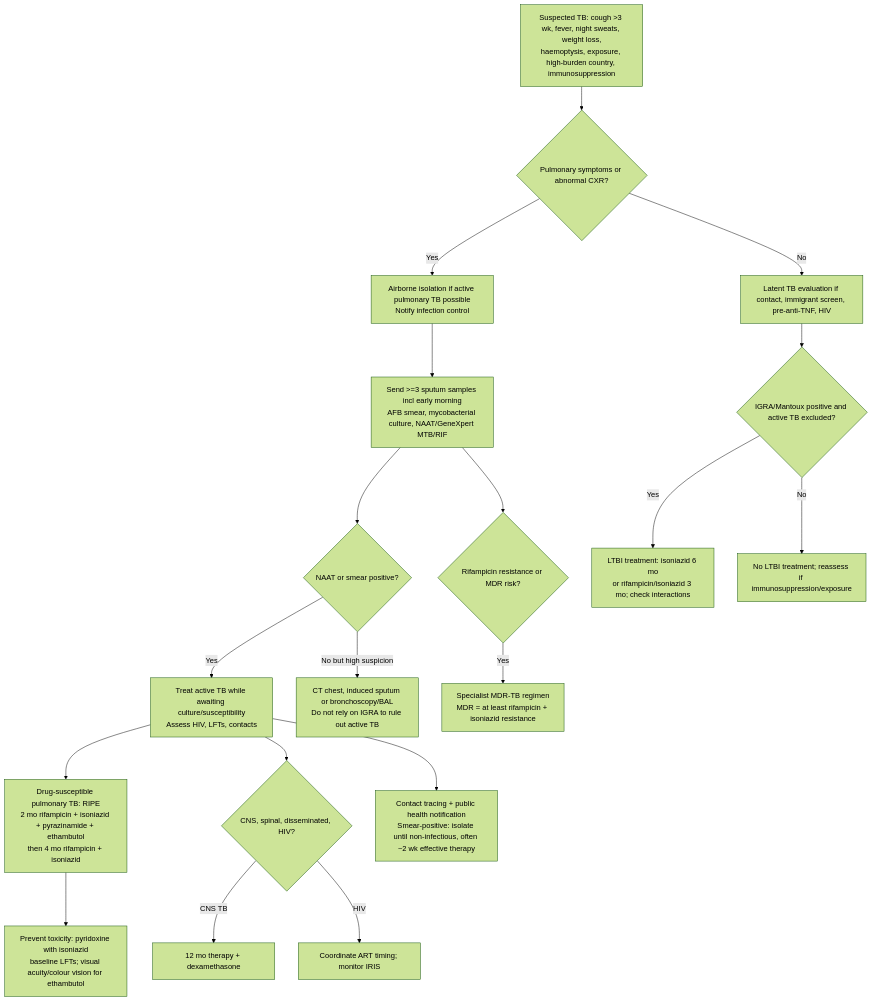
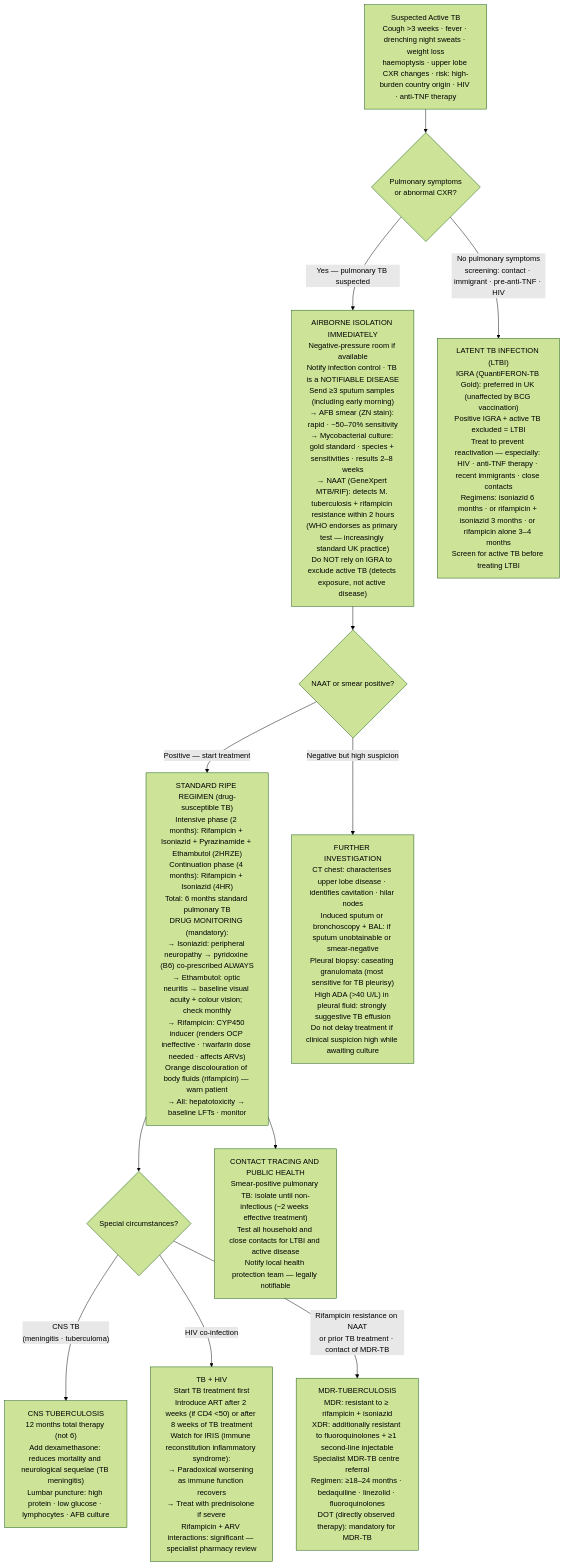
Before and after one commit to muhammadtoor702-blip/minar-medicine: the diagram in content/topics/tuberculosis.md, drawn with Mermaid (forest theme). The commit also changed 4 other files, not shown here.

````diff
--- a/content/topics/tuberculosis.md
+++ b/content/topics/tuberculosis.md
@@ -52,21 +52,24 @@
 ```mermaid
 flowchart TD
-    A["Suspected TB: cough &gt;3 wk, fever, night sweats, weight loss,<br/>haemoptysis, exposure, high-burden country, immunosuppression"] --> B{"Pulmonary symptoms or abnormal CXR?"}
-    B -->|Yes| C["Airborne isolation if active pulmonary TB possible<br/>Notify infection control"]
-    C --> D["Send &gt;=3 sputum samples incl early morning<br/>AFB smear, mycobacterial culture, NAAT/GeneXpert MTB/RIF"]
-    D --> E{"NAAT or smear positive?"}
-    E -->|Yes| F["Treat active TB while awaiting culture/susceptibility<br/>Assess HIV, LFTs, contacts"]
-    E -->|No but high suspicion| G["CT chest, induced sputum or bronchoscopy/BAL<br/>Do not rely on IGRA to rule out active TB"]
-    B -->|No| H["Latent TB evaluation if contact, immigrant screen, pre-anti-TNF, HIV"]
-    H --> I{"IGRA/Mantoux positive and active TB excluded?"}
-    I -->|Yes| J["LTBI treatment: isoniazid 6 mo<br/>or rifampicin/isoniazid 3 mo; check interactions"]
-    I -->|No| K["No LTBI treatment; reassess if immunosuppression/exposure"]
-    F --> L["Drug-susceptible pulmonary TB: RIPE<br/>2 mo rifampicin + isoniazid + pyrazinamide + ethambutol<br/>then 4 mo rifampicin + isoniazid"]
-    L --> M["Prevent toxicity: pyridoxine with isoniazid<br/>baseline LFTs; visual acuity/colour vision for ethambutol"]
-    D --> N{"Rifampicin resistance or MDR risk?"}
-    N -->|Yes| O["Specialist MDR-TB regimen<br/>MDR = at least rifampicin + isoniazid resistance"]
-    F --> P{"CNS, spinal, disseminated, HIV?"}
-    P -->|CNS TB| Q["12 mo therapy + dexamethasone"]
-    P -->|HIV| R["Coordinate ART timing; monitor IRIS"]
-    F --> S["Contact tracing + public health notification<br/>Smear-positive: isolate until non-infectious, often ~2 wk effective therapy"]
+    A["Suspected Active TB\nCough &gt;3 weeks · fever · drenching night sweats · weight loss\nhaemoptysis · upper lobe CXR changes · risk: high-burden country origin · HIV · anti-TNF therapy"] --> ACTIVE{"Pulmonary symptoms\nor abnormal CXR?"}
+
+    ACTIVE -->|"Yes — pulmonary TB suspected"| ISOLATE["AIRBORNE ISOLATION IMMEDIATELY\nNegative-pressure room if available\nNotify infection control · TB is a NOTIFIABLE DISEASE\nSend ≥3 sputum samples (including early morning)\n→ AFB smear (ZN stain): rapid · ~50–70% sensitivity\n→ Mycobacterial culture: gold standard · species + sensitivities · results 2–8 weeks\n→ NAAT (GeneXpert MTB/RIF): detects M. tuberculosis + rifampicin resistance within 2 hours\n(WHO endorses as primary test — increasingly standard UK practice)\nDo NOT rely on IGRA to exclude active TB (detects exposure, not active disease)"]
+
+    ISOLATE --> RESULT{"NAAT or smear positive?"}
+
+    RESULT -->|"Positive — start treatment"| RIPE["STANDARD RIPE REGIMEN (drug-susceptible TB)\nIntensive phase (2 months): Rifampicin + Isoniazid + Pyrazinamide + Ethambutol (2HRZE)\nContinuation phase (4 months): Rifampicin + Isoniazid (4HR)\nTotal: 6 months standard pulmonary TB\nDRUG MONITORING (mandatory):\n→ Isoniazid: peripheral neuropathy → pyridoxine (B6) co-prescribed ALWAYS\n→ Ethambutol: optic neuritis → baseline visual acuity + colour vision; check monthly\n→ Rifampicin: CYP450 inducer (renders OCP ineffective · ↑warfarin dose needed · affects ARVs)\nOrange discolouration of body fluids (rifampicin) — warn patient\n→ All: hepatotoxicity → baseline LFTs · monitor"]
+
+    RESULT -->|"Negative but high suspicion"| FURTHERTEST["FURTHER INVESTIGATION\nCT chest: characterises upper lobe disease · identifies cavitation · hilar nodes\nInduced sputum or bronchoscopy + BAL: if sputum unobtainable or smear-negative\nPleural biopsy: caseating granulomata (most sensitive for TB pleurisy)\nHigh ADA (&gt;40 U/L) in pleural fluid: strongly suggestive TB effusion\nDo not delay treatment if clinical suspicion high while awaiting culture"]
+
+    RIPE --> SPECIAL{"Special circumstances?"}
+
+    SPECIAL -->|"CNS TB\n(meningitis · tuberculoma)"| CNS_TB["CNS TUBERCULOSIS\n12 months total therapy (not 6)\nAdd dexamethasone: reduces mortality and neurological sequelae (TB meningitis)\nLumbar puncture: high protein · low glucose · lymphocytes · AFB culture"]
+
+    SPECIAL -->|"HIV co-infection"| HIV_TB["TB + HIV\nStart TB treatment first\nIntroduce ART after 2 weeks (if CD4 &lt;50) or after 8 weeks of TB treatment\nWatch for IRIS (immune reconstitution inflammatory syndrome):\n→ Paradoxical worsening as immune function recovers\n→ Treat with prednisolone if severe\nRifampicin + ARV interactions: significant — specialist pharmacy review"]
+
+    SPECIAL -->|"Rifampicin resistance on NAAT\nor prior TB treatment · contact of MDR-TB"| MDR["MDR-TUBERCULOSIS\nMDR: resistant to ≥ rifampicin + isoniazid\nXDR: additionally resistant to fluoroquinolones + ≥1 second-line injectable\nSpecialist MDR-TB centre referral\nRegimen: ≥18–24 months · bedaquiline · linezolid · fluoroquinolones\nDOT (directly observed therapy): mandatory for MDR-TB"]
+
+    ACTIVE -->|"No pulmonary symptoms\nscreening: contact · immigrant · pre-anti-TNF · HIV"| LTBI["LATENT TB INFECTION (LTBI)\nIGRA (QuantiFERON-TB Gold): preferred in UK (unaffected by BCG vaccination)\nPositive IGRA + active TB excluded = LTBI\nTreat to prevent reactivation — especially: HIV · anti-TNF therapy · recent immigrants · close contacts\nRegimens: isoniazid 6 months · or rifampicin + isoniazid 3 months · or rifampicin alone 3–4 months\nScreen for active TB before treating LTBI"]
+
+    RIPE --> CONTACT["CONTACT TRACING AND PUBLIC HEALTH\nSmear-positive pulmonary TB: isolate until non-infectious (~2 weeks effective treatment)\nTest all household and close contacts for LTBI and active disease\nNotify local health protection team — legally notifiable"]
 ```
````
